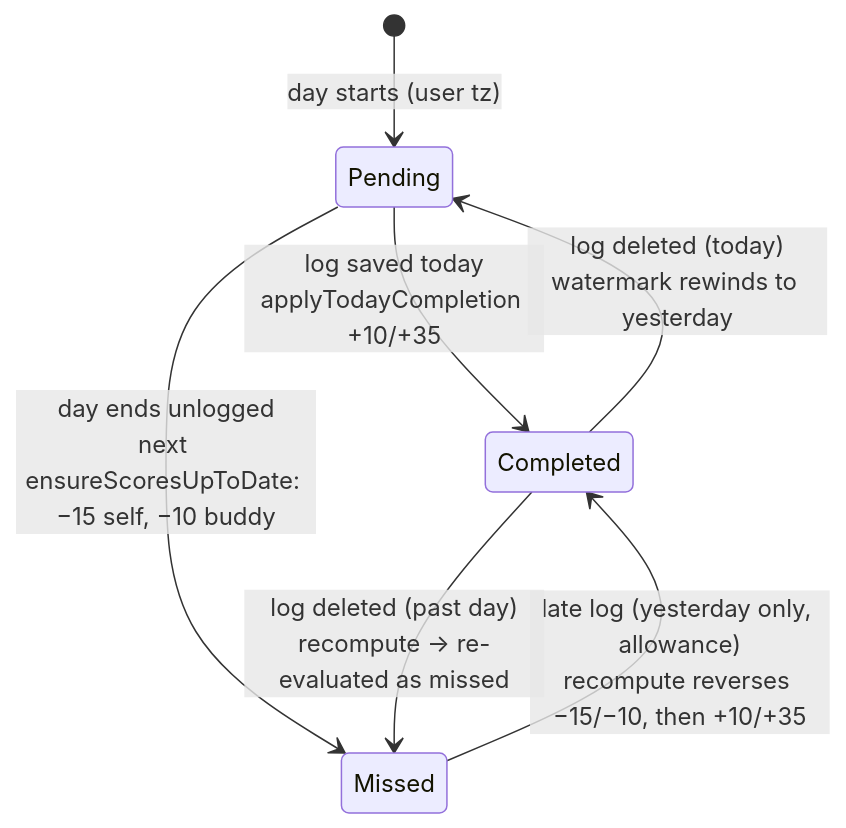
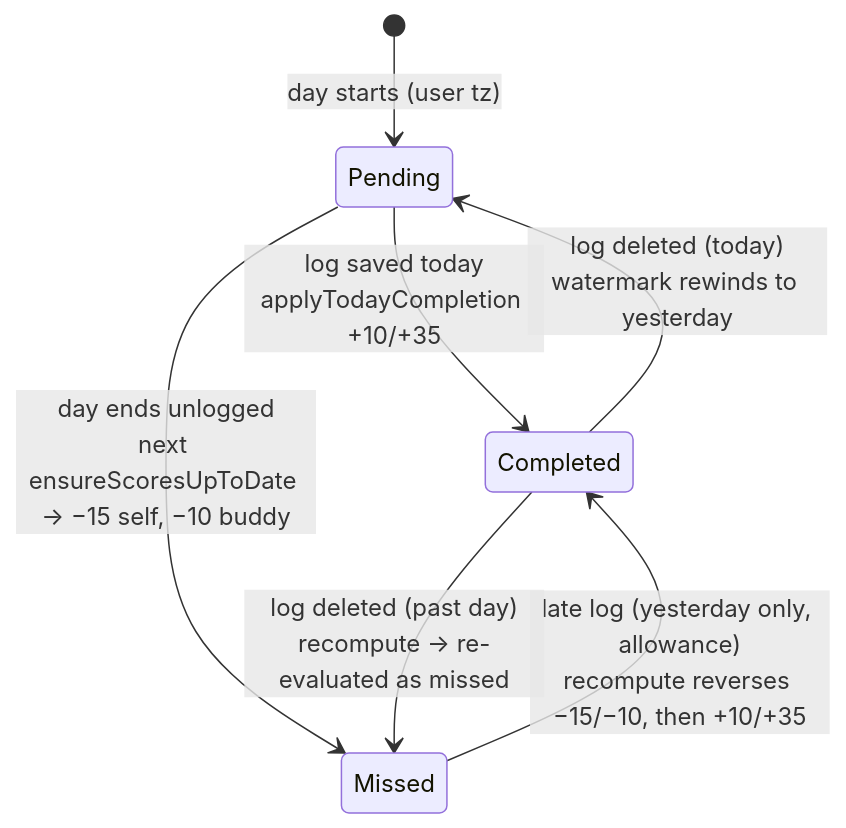
One commit to YanWirdiny/DUO changed the ninth of 18 diagrams in ARCHITECTURE.md. Above: the diagram before and after it, drawn with Mermaid. The commit also changed other lines of this file and 51 other files, not shown here.

````diff
--- a/ARCHITECTURE.md
+++ b/ARCHITECTURE.md
@@ -572,9 +642,9 @@
 ```mermaid
 stateDiagram-v2
     [*] --> Pending: day starts (user tz)
     Pending --> Completed: log saved today<br/>applyTodayCompletion +10/+35
-    Pending --> Missed: day ends unlogged<br/>next ensureScoresUpToDate: −15 self, −10 buddy
+    Pending --> Missed: day ends unlogged<br/>next ensureScoresUpToDate → −15 self, −10 buddy
     Missed --> Completed: late log (yesterday only, allowance)<br/>recompute reverses −15/−10, then +10/+35
     Completed --> Missed: log deleted (past day)<br/>recompute → re-evaluated as missed
     Completed --> Pending: log deleted (today)<br/>watermark rewinds to yesterday
 ```
````
